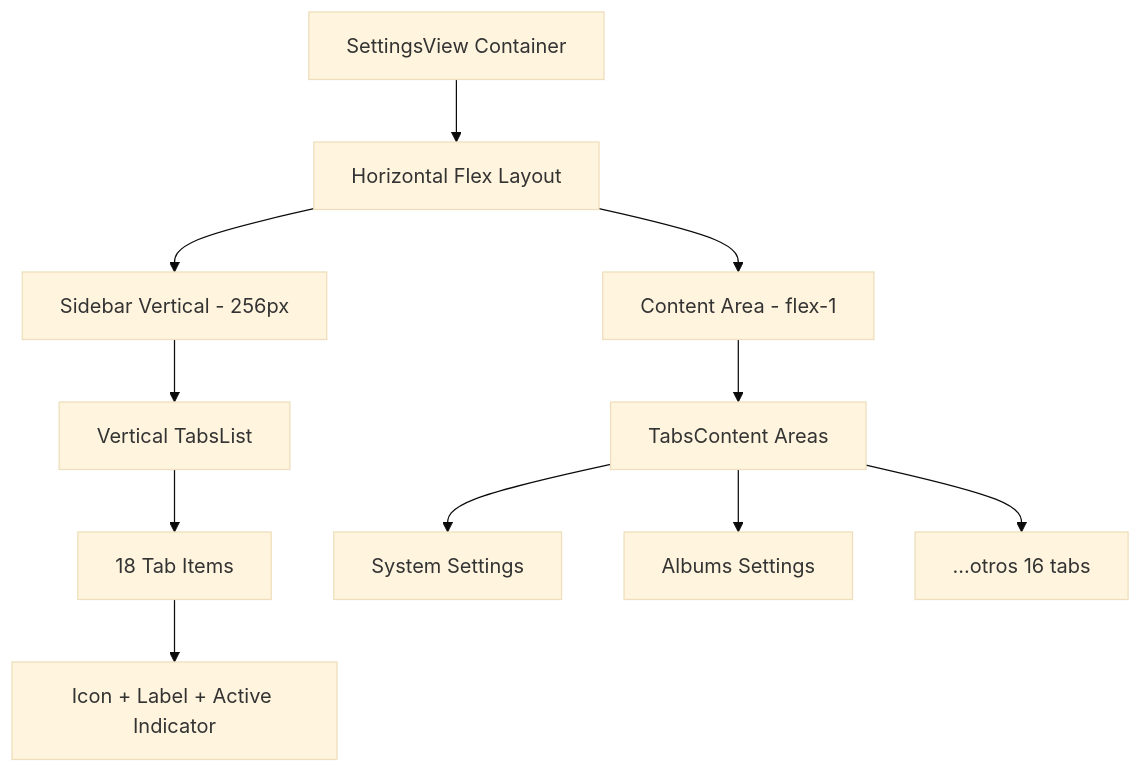
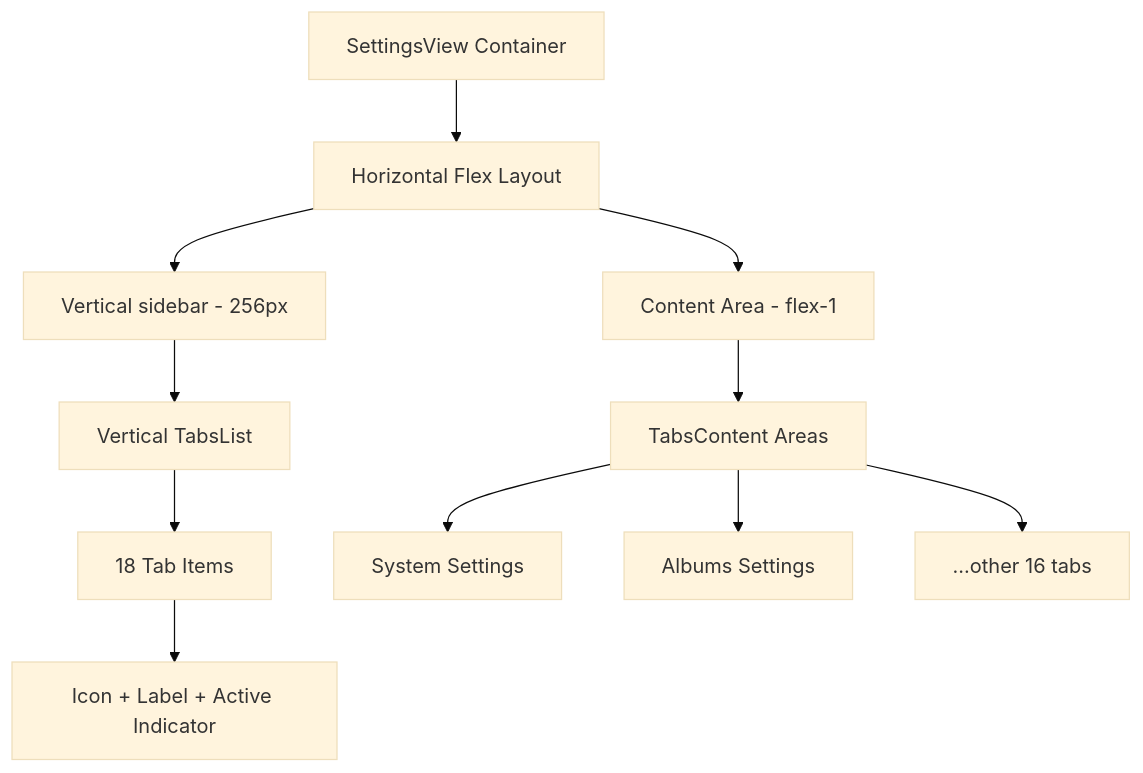
Before and after one commit to gvastethecreator/media-manager: the first of 3 diagrams in src/components/settings/README.md, drawn with Mermaid (base theme). The commit also changed other lines of this file and 104 other files, not shown here.

Commit message:
docs: initialize comprehensive architectural documentation and component-level README files across the repository.

````diff
--- a/src/components/settings/README.md
+++ b/src/components/settings/README.md
@@ -15,15 +19,15 @@
 ```mermaid
 graph TD
     A[SettingsView Container] --> B[Horizontal Flex Layout]
-    B --> C[Sidebar Vertical - 256px]
+    B --> C[Vertical sidebar - 256px]
     B --> D[Content Area - flex-1]
 
     C --> E[Vertical TabsList]
     E --> F[18 Tab Items]
     F --> G[Icon + Label + Active Indicator]
 
     D --> H[TabsContent Areas]
     H --> I[System Settings]
     H --> J[Albums Settings]
-    H --> K[...otros 16 tabs]
+    H --> K[...other 16 tabs]
 ```
````
